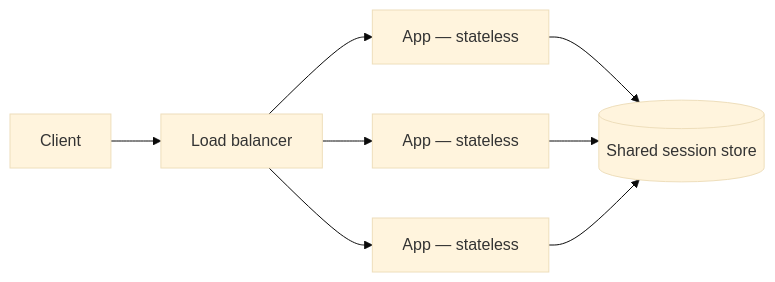
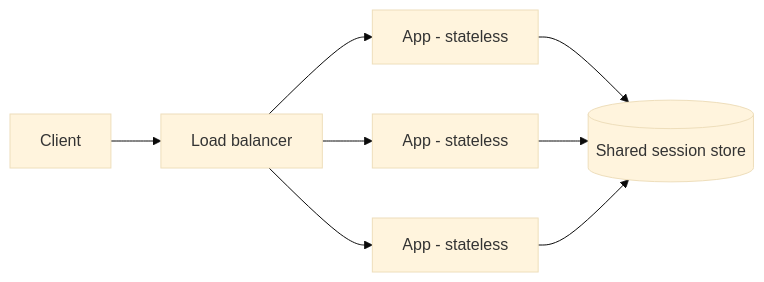
One commit to danielsousaoliveira/cs-fundamentals changed the diagram in src/content/docs/5-systems/scalability.mdx. Above: the diagram before and after it, drawn with Mermaid (base theme). The commit also changed other lines of this file and 139 other files, not shown here.

````diff
--- a/src/content/docs/5-systems/scalability.mdx
+++ b/src/content/docs/5-systems/scalability.mdx
@@ -56,8 +56,8 @@
 ```mermaid
 flowchart LR
   Client --> LB[Load balancer]
-  LB --> S1[App — stateless]
-  LB --> S2[App — stateless]
-  LB --> S3[App — stateless]
+  LB --> S1[App - stateless]
+  LB --> S2[App - stateless]
+  LB --> S3[App - stateless]
   S1 & S2 & S3 --> Store[(Shared session store)]
 ```
````
